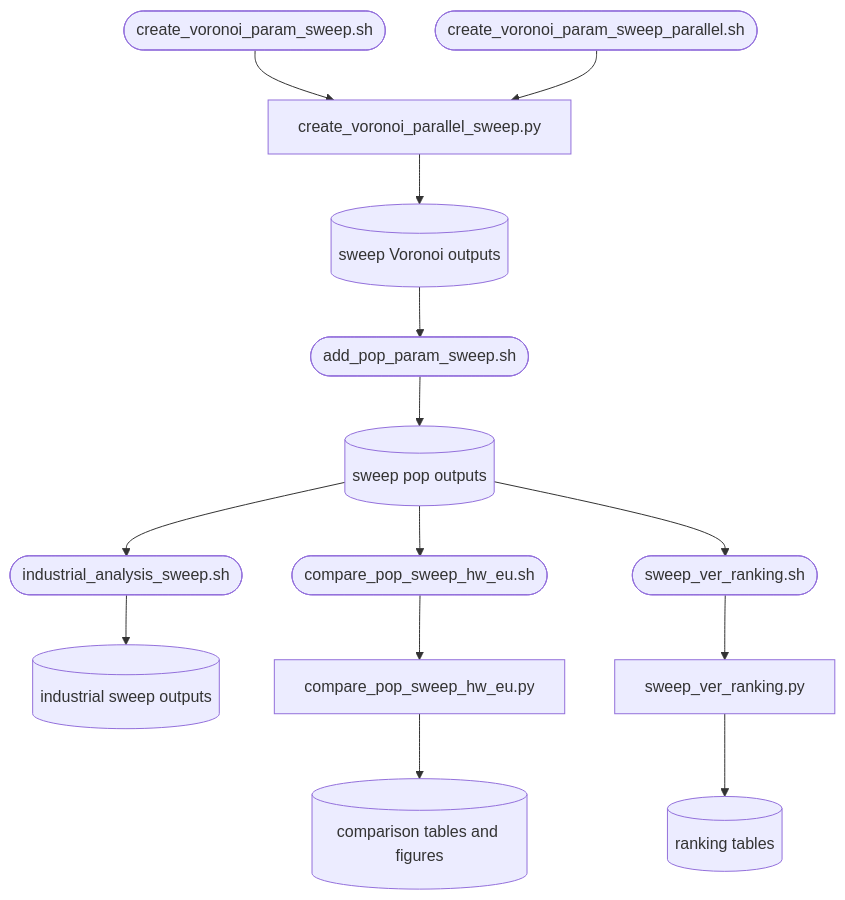
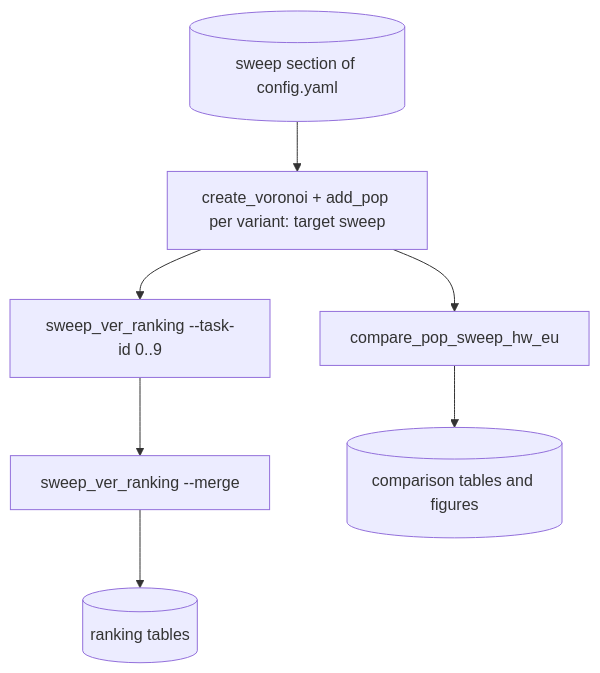
The diagram in wwtp/sensitivity_analysis_scripts/README.md (erennere/Global-WWTP-Service-Zones-and-Risk-Pipeline), drawn with Mermaid before and after one commit. The commit also changed other lines of this file and 64 other files, not shown here.

````diff
--- a/wwtp/sensitivity_analysis_scripts/README.md
+++ b/wwtp/sensitivity_analysis_scripts/README.md
@@ -36,12 +28,9 @@
 ```mermaid
 graph TD
-  A([create_voronoi_param_sweep.sh]) --> B[create_voronoi_parallel_sweep.py]
-  C([create_voronoi_param_sweep_parallel.sh]) --> B
-  B --> D[(sweep Voronoi outputs)]
-  D --> E([add_pop_param_sweep.sh]) --> F[(sweep pop outputs)]
-  F --> G([industrial_analysis_sweep.sh]) --> H[(industrial sweep outputs)]
-  F --> I([compare_pop_sweep_hw_eu.sh]) --> J[compare_pop_sweep_hw_eu.py]
+  A[(sweep section of config.yaml)] --> B[create_voronoi + add_pop per variant: target sweep]
+  B --> J[compare_pop_sweep_hw_eu]
+  B --> M[sweep_ver_ranking --task-id 0..9]
+  M --> N[sweep_ver_ranking --merge]
   J --> K[(comparison tables and figures)]
-  F --> L([sweep_ver_ranking.sh]) --> M[sweep_ver_ranking.py]
-  M --> N[(ranking tables)]
+  N --> O[(ranking tables)]
 ```
````
